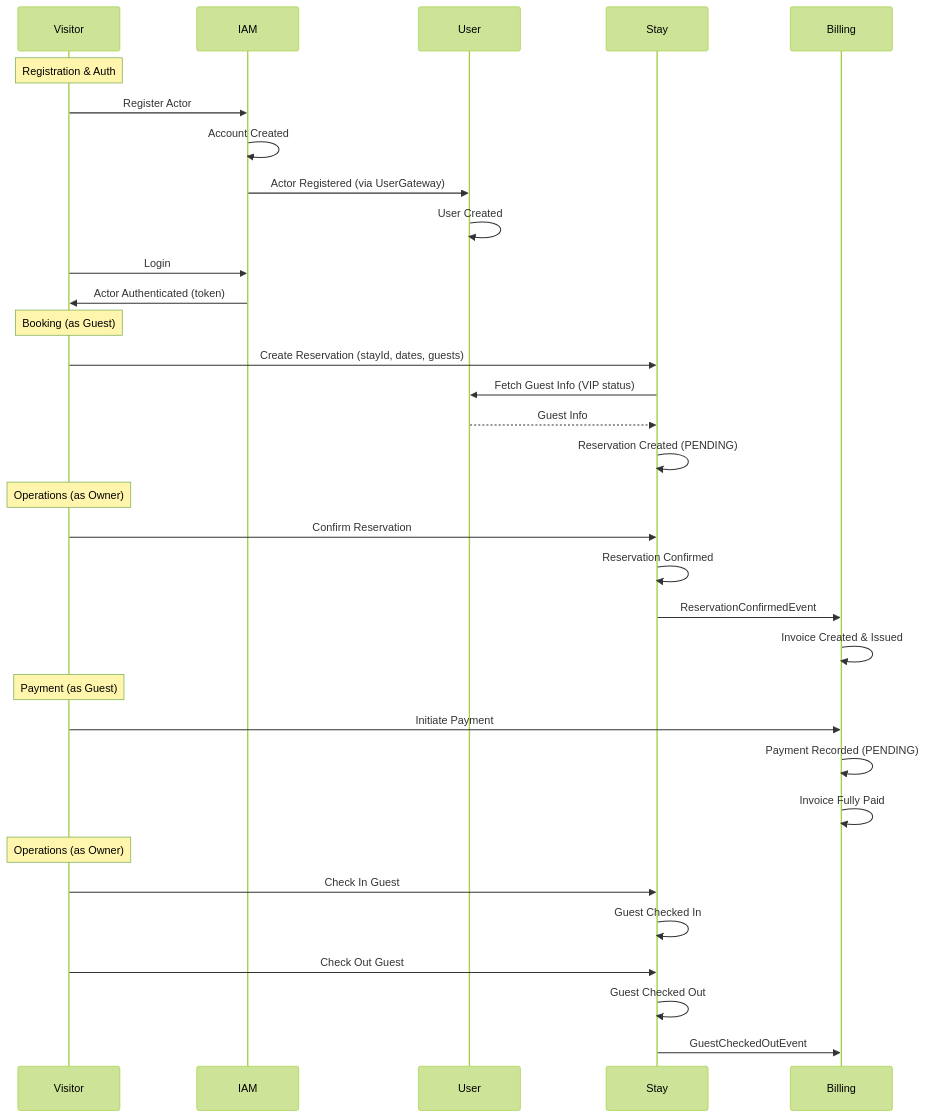
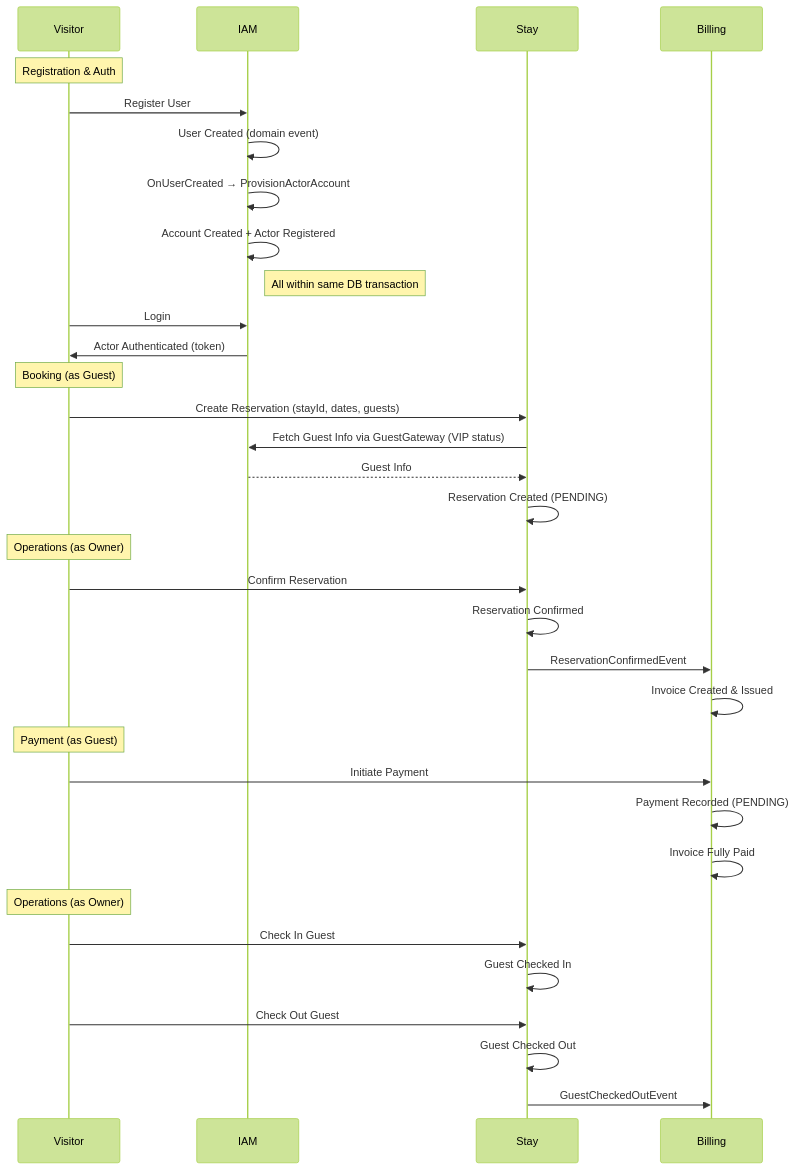
One commit to sahdoio/guesthub changed the sixth of 6 diagrams in docs/event-storming.md. Above: the diagram before and after it, drawn with Mermaid (forest theme). The commit also changed other lines of this file and 34 other files, not shown here.

Commit message:
feat: some architectural fixes

````diff
--- a/docs/event-storming.md
+++ b/docs/event-storming.md
@@ -516,41 +520,41 @@
 ```mermaid
 sequenceDiagram
     participant V as Visitor
     participant IAM
-    participant U as User
     participant S as Stay
     participant B as Billing
 
     Note over V: Registration & Auth
-    V->>IAM: Register Actor
-    IAM->>IAM: Account Created
-    IAM->>U: Actor Registered (via UserGateway)
-    U->>U: User Created
+    V->>IAM: Register User
+    IAM->>IAM: User Created (domain event)
+    IAM->>IAM: OnUserCreated → ProvisionActorAccount
+    IAM->>IAM: Account Created + Actor Registered
+    Note right of IAM: All within same DB transaction
     V->>IAM: Login
     IAM->>V: Actor Authenticated (token)
 
     Note over V: Booking (as Guest)
     V->>S: Create Reservation (stayId, dates, guests)
-    S->>U: Fetch Guest Info (VIP status)
-    U-->>S: Guest Info
+    S->>IAM: Fetch Guest Info via GuestGateway (VIP status)
+    IAM-->>S: Guest Info
     S->>S: Reservation Created (PENDING)
 
     Note over V: Operations (as Owner)
     V->>S: Confirm Reservation
     S->>S: Reservation Confirmed
     S->>B: ReservationConfirmedEvent
     B->>B: Invoice Created & Issued
 
     Note over V: Payment (as Guest)
     V->>B: Initiate Payment
     B->>B: Payment Recorded (PENDING)
     B->>B: Invoice Fully Paid
 
     Note over V: Operations (as Owner)
     V->>S: Check In Guest
     S->>S: Guest Checked In
 
     V->>S: Check Out Guest
     S->>S: Guest Checked Out
     S->>B: GuestCheckedOutEvent
 ```
````
